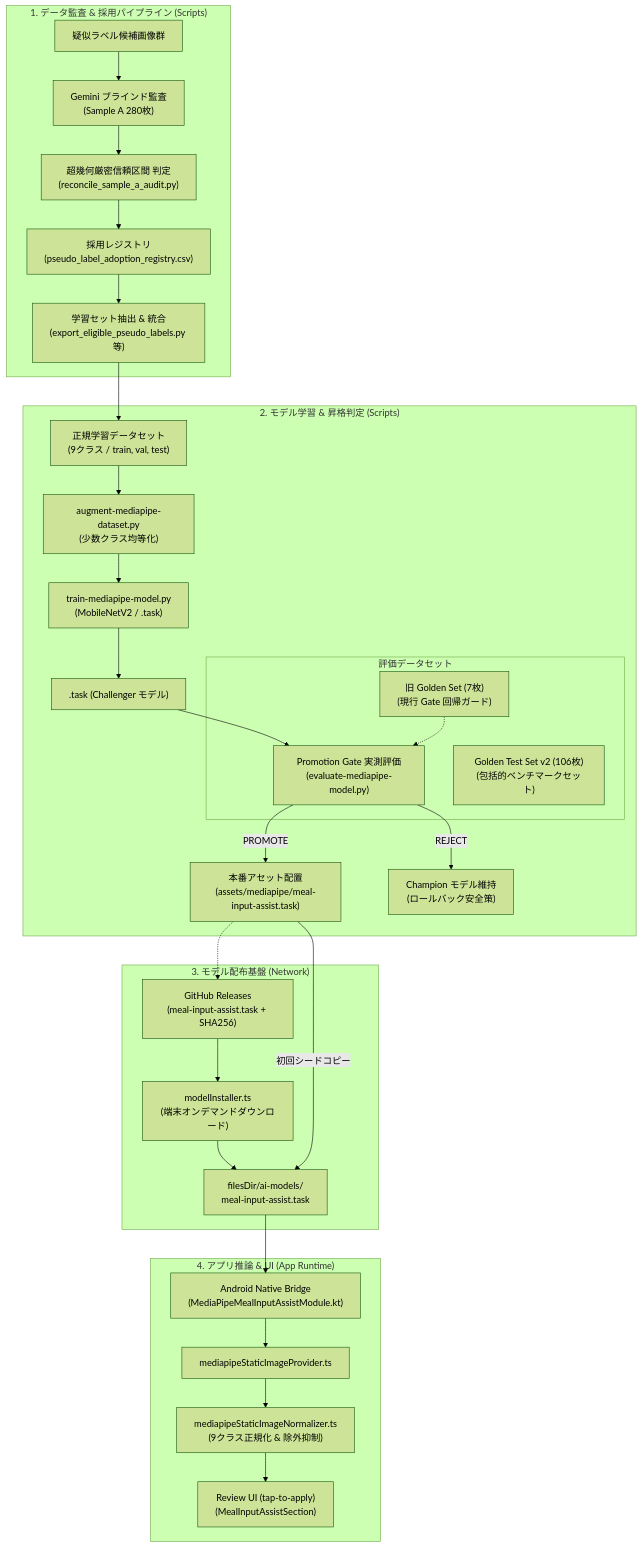
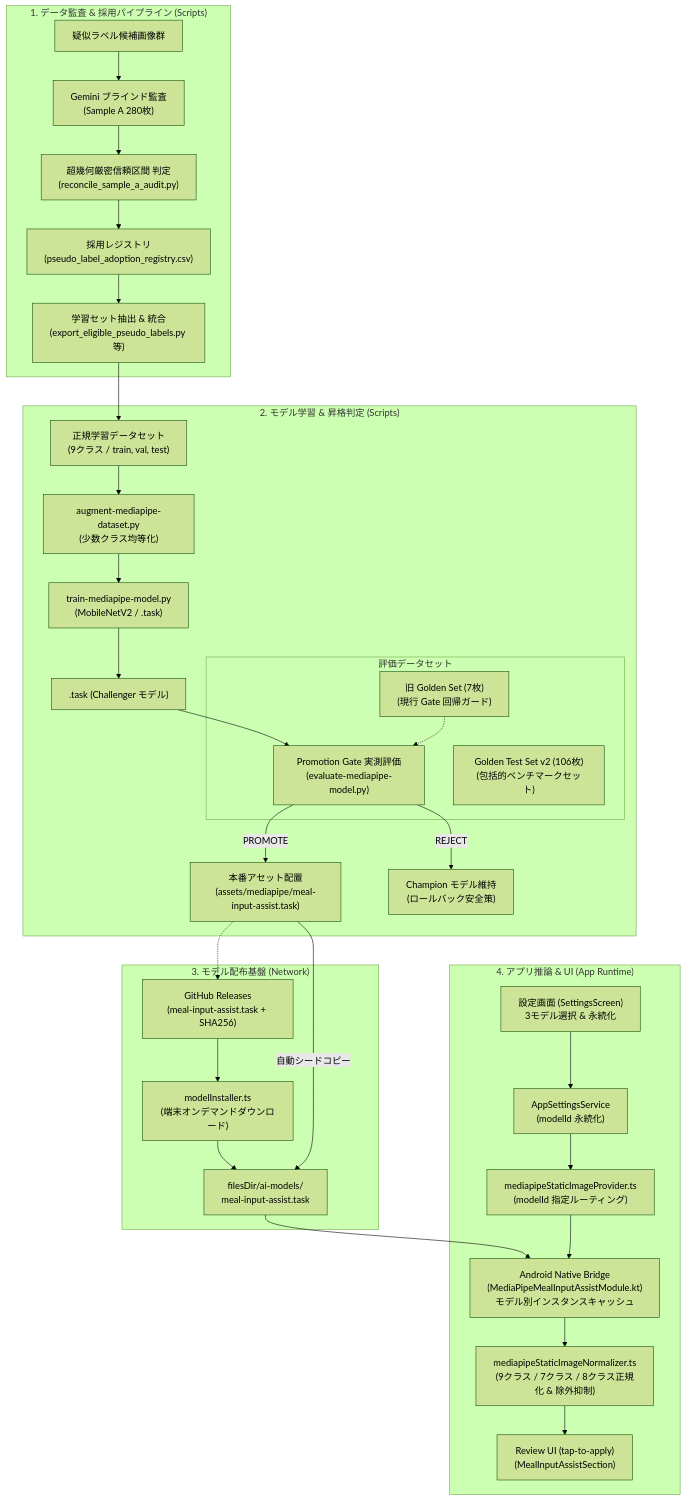
Before and after one commit to tahosook/dining-memory-app: the diagram in docs/engineering/mediapipe-overview.md, drawn with Mermaid (forest theme). The commit also changed other lines of this file and 17 other files, not shown here.

Commit message:
feat(ai): integrate 3-model MediaPipe switching in settings screen (issue-23 Phase 3)

````diff
--- a/docs/engineering/mediapipe-overview.md
+++ b/docs/engineering/mediapipe-overview.md
@@ -15,38 +15,40 @@
 ```mermaid
 flowchart TD
   subgraph DataPipeline ["1. データ監査 & 採用パイプライン (Scripts)"]
     Raw["疑似ラベル候補画像群"] --> Audit["Gemini ブラインド監査\n(Sample A 280枚)"]
     Audit --> Reconcile["超幾何厳密信頼区間 判定\n(reconcile_sample_a_audit.py)"]
     Reconcile --> Registry["採用レジストリ\n(pseudo_label_adoption_registry.csv)"]
     Registry --> Export["学習セット抽出 & 統合\n(export_eligible_pseudo_labels.py 等)"]
   end
 
   subgraph TrainingPipeline ["2. モデル学習 & 昇格判定 (Scripts)"]
     Export --> Dataset["正規学習データセット\n(9クラス / train, val, test)"]
     Dataset --> Augment["augment-mediapipe-dataset.py\n(少数クラス均等化)"]
     Augment --> Train["train-mediapipe-model.py\n(MobileNetV2 / .task)"]
     Train --> Challenger[".task (Challenger モデル)"]
     Challenger --> Gate["Promotion Gate 実測評価\n(evaluate-mediapipe-model.py)"]
     Gate -->|PROMOTE| Asset["本番アセット配置\n(assets/mediapipe/meal-input-assist.task)"]
     Gate -->|REJECT| Rollback["Champion モデル維持\n(ロールバック安全策)"]
 
     subgraph Benchmark ["評価データセット"]
       OldGolden["旧 Golden Set (7枚)\n(現行 Gate 回帰ガード)"] -.-> Gate
       GoldenV2["Golden Test Set v2 (106枚)\n(包括的ベンチマークセット)"]
     end
   end
 
   subgraph Distribution ["3. モデル配布基盤 (Network)"]
     Asset -.-> Release["GitHub Releases\n(meal-input-assist.task + SHA256)"]
     Release --> Downloader["modelInstaller.ts\n(端末オンデマンドダウンロード)"]
     Downloader --> LocalModel["filesDir/ai-models/\nmeal-input-assist.task"]
   end
 
   subgraph AppInference ["4. アプリ推論 & UI (App Runtime)"]
-    LocalModel --> Bridge["Android Native Bridge\n(MediaPipeMealInputAssistModule.kt)"]
-    Asset -->|初回シードコピー| LocalModel
-    Bridge --> Provider["mediapipeStaticImageProvider.ts"]
-    Provider --> Norm["mediapipeStaticImageNormalizer.ts\n(9クラス正規化 & 除外抑制)"]
+    Settings["設定画面 (SettingsScreen)\n3モデル選択 & 永続化"] --> AppSettings["AppSettingsService\n(modelId 永続化)"]
+    AppSettings --> Provider["mediapipeStaticImageProvider.ts\n(modelId 指定ルーティング)"]
+    LocalModel --> Bridge["Android Native Bridge\n(MediaPipeMealInputAssistModule.kt)\nモデル別インスタンスキャッシュ"]
+    Asset -->|自動シードコピー| LocalModel
+    Provider --> Bridge
+    Bridge --> Norm["mediapipeStaticImageNormalizer.ts\n(9クラス / 7クラス / 8クラス正規化 & 除外抑制)"]
     Norm --> UI["Review UI (tap-to-apply)\n(MealInputAssistSection)"]
   end
 ```
````
